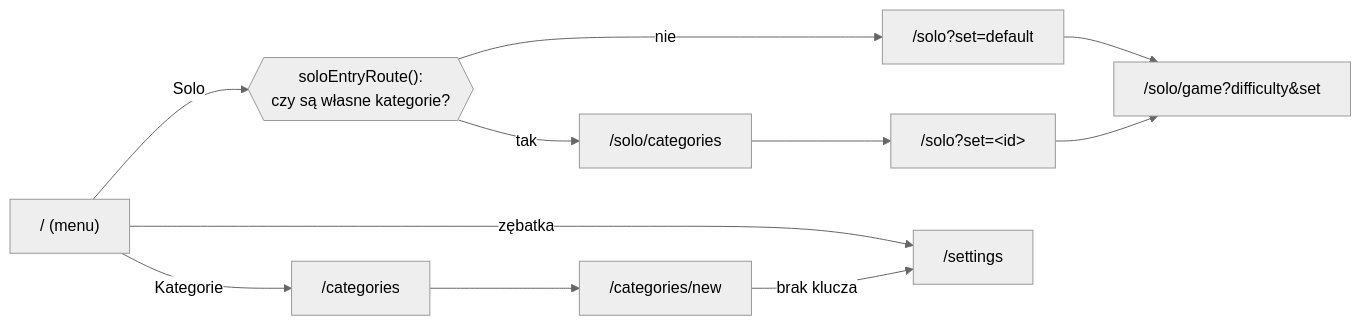
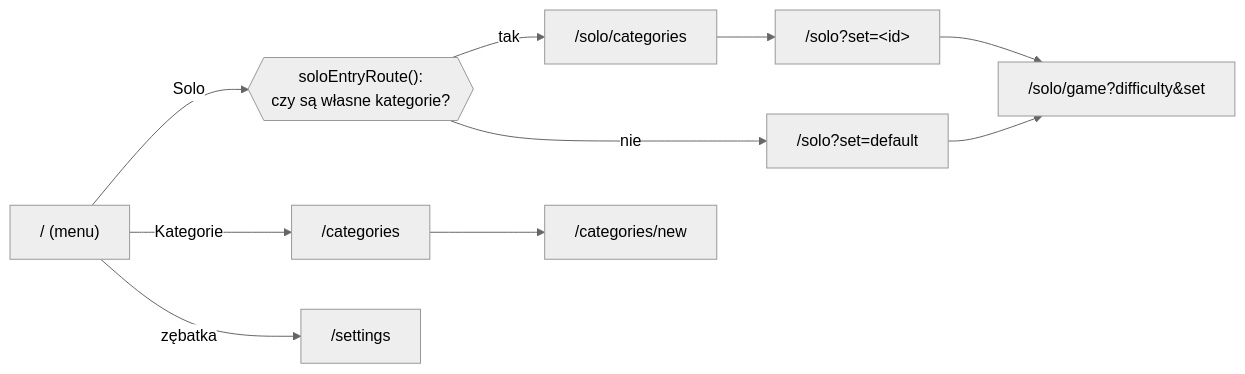
One commit to pelkabart/JedenZWielu changed the third of 5 diagrams in docs/ARCHITEKTURA.md. Above: the diagram before and after it, drawn with Mermaid (neutral theme). The commit also changed other lines of this file and 38 other files, not shown here.

````diff
--- a/docs/ARCHITEKTURA.md
+++ b/docs/ARCHITEKTURA.md
@@ -133,12 +131,11 @@
 ```mermaid
 flowchart LR
     Home["/ (menu)"] -->|Solo| Entry{{"soloEntryRoute():<br/>czy są własne kategorie?"}}
     Entry -->|tak| SoloCat["/solo/categories"]
     Entry -->|nie| Diff["/solo?set=default"]
     SoloCat --> Diff2["/solo?set=&lt;id&gt;"]
     Diff --> Game["/solo/game?difficulty&set"]
     Diff2 --> Game
     Home -->|Kategorie| Cats["/categories"] --> New["/categories/new"]
     Home -->|zębatka| Settings["/settings"]
-    New -->|brak klucza| Settings
 ```
````
